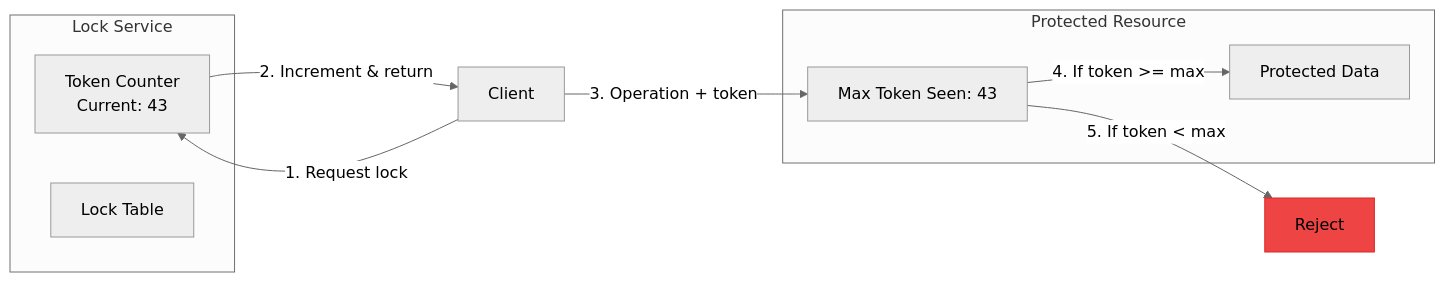
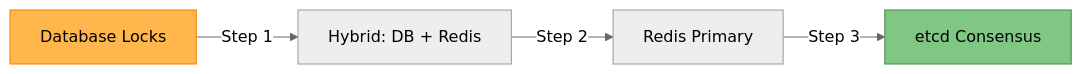
The fifth of 6 diagrams in docs/pattern-library/coordination/distributed-lock.md (deepaucksharma/DStudio), drawn with Mermaid (neutral theme) before and after one commit. The commit also changed other lines of this file and 191 other files, not shown here.

````diff
--- a/docs/pattern-library/coordination/distributed-lock.md
+++ b/docs/pattern-library/coordination/distributed-lock.md
@@ -515,20 +299,9 @@
 ```mermaid
 graph LR
-    subgraph "Lock Service"
-        Counter[Token Counter<br/>Current: 43]
-        LockTable[Lock Table]
-    end
+    A[Database Locks] -->|Step 1| B[Hybrid: DB + Redis]
+    B -->|Step 2| C[Redis Primary]
+    C -->|Step 3| D[etcd Consensus]
     
-    subgraph "Protected Resource"
-        MaxToken[Max Token Seen: 43]
-        Data[Protected Data]
-    end
-    
-    Client -->|1. Request lock| Counter
-    Counter -->|2. Increment & return| Client
-    Client -->|3. Operation + token| MaxToken
-    MaxToken -->|4. If token >= max| Data
-    MaxToken -->|5. If token < max| Reject
-    
-    style Reject fill:#ef4444,stroke:#dc2626
+    style A fill:#ffb74d,stroke:#f57c00
+    style D fill:#81c784,stroke:#388e3c
 ```
````
